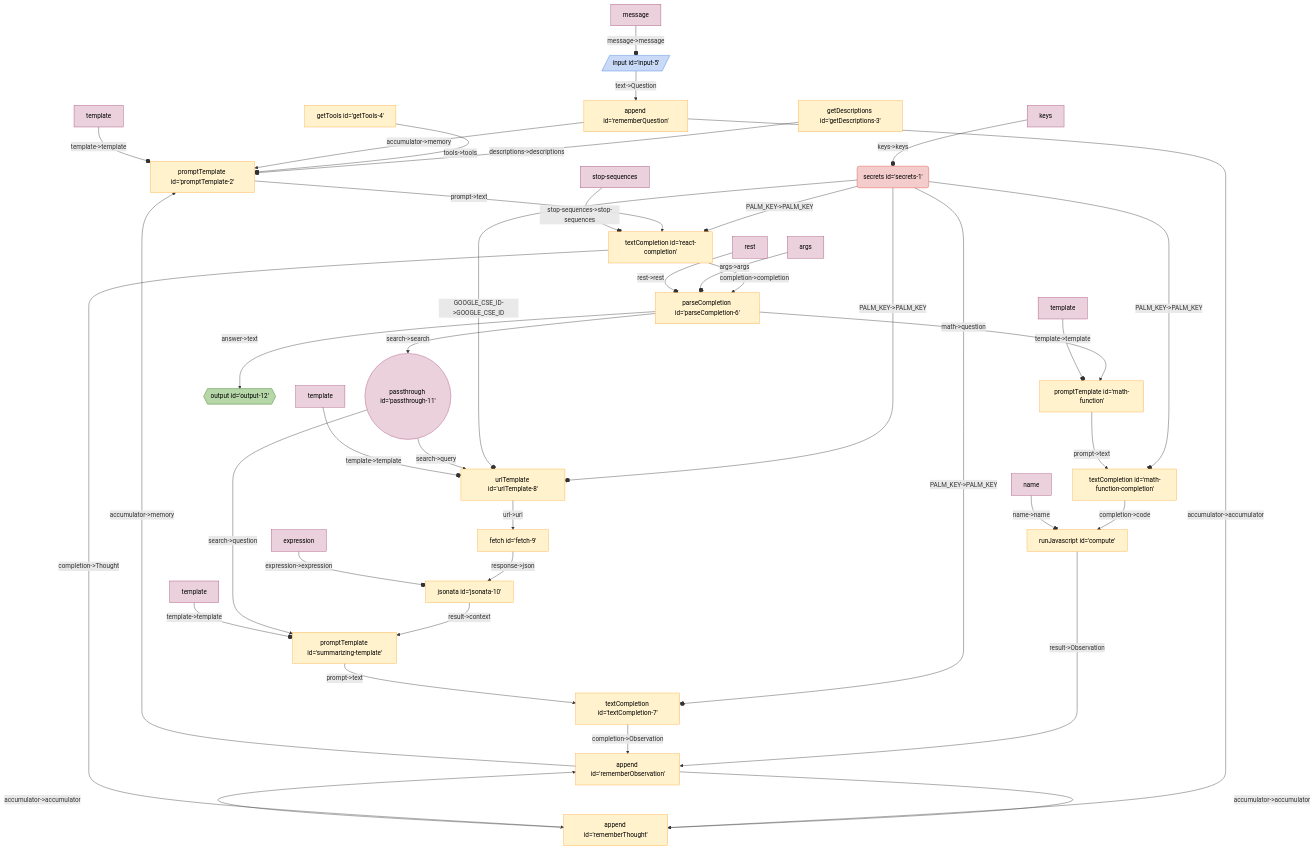
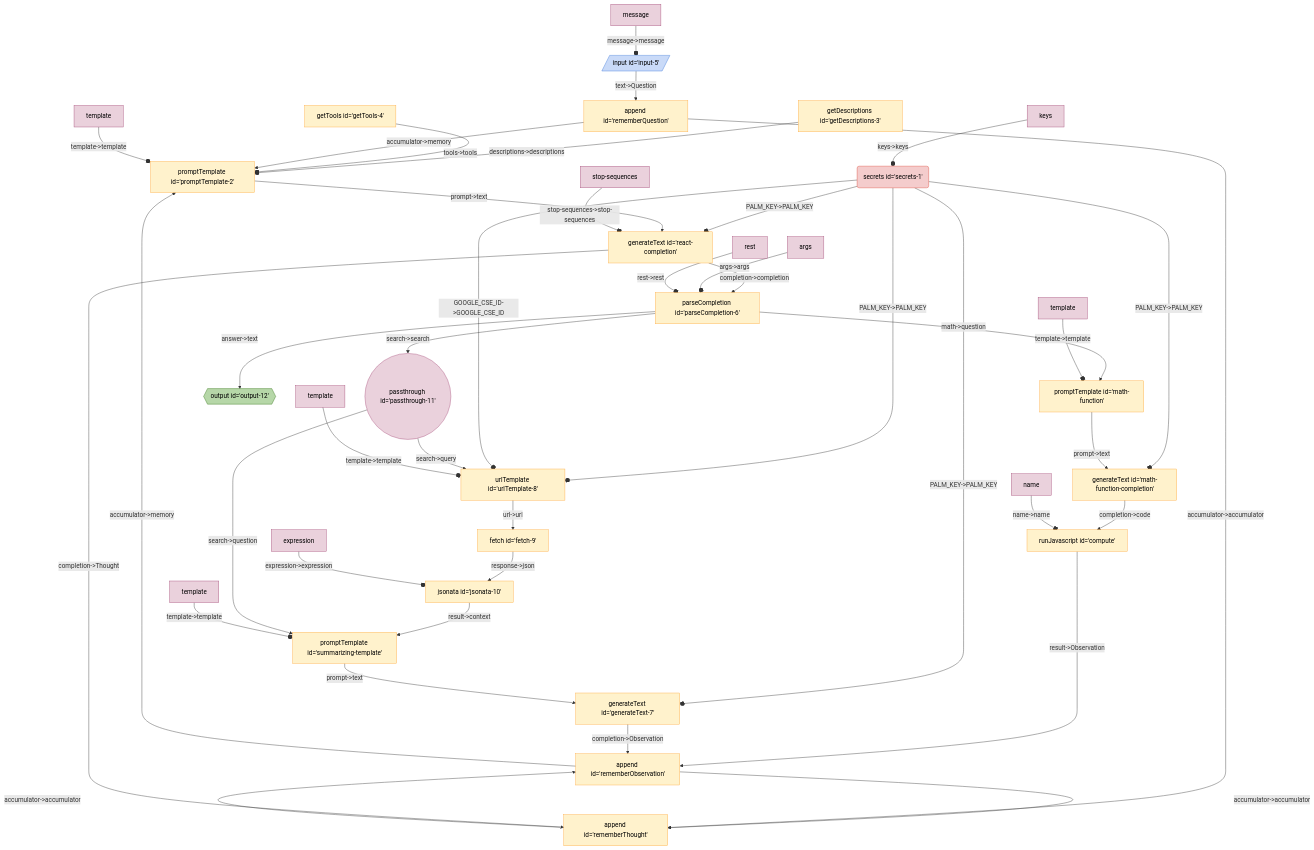
Before and after one commit to breadboard-ai/breadboard: the diagram in seeds/graph-playground/docs/graphs/react.md, drawn with Mermaid. The commit also changed 63 other files, not shown here.

First line of the commit message:
[llm-starter] Rename `textCompletion` to `generateText`.

````diff
--- a/seeds/graph-playground/docs/graphs/react.md
+++ b/seeds/graph-playground/docs/graphs/react.md
@@ -5,52 +5,52 @@
   ```mermaid
   %%{init: 'themeVariables': { 'fontFamily': 'Fira Code, monospace' }}%%
 graph TD;
 getDescriptions3["getDescriptions id='getDescriptions-3'"] -- "descriptions->descriptions" --o promptTemplate2["promptTemplate id='promptTemplate-2'"]
 getTools4["getTools id='getTools-4'"] -- "tools->tools" --o promptTemplate2["promptTemplate id='promptTemplate-2'"]
 rememberObservation["append id='rememberObservation'"] -- "accumulator->memory" --> promptTemplate2["promptTemplate id='promptTemplate-2'"]
 rememberThought["append id='rememberThought'"] -- "accumulator->accumulator" --> rememberObservation["append id='rememberObservation'"]
 rememberObservation["append id='rememberObservation'"] -- "accumulator->accumulator" --> rememberThought["append id='rememberThought'"]
 rememberQuestion["append id='rememberQuestion'"] -- "accumulator->accumulator" --> rememberThought["append id='rememberThought'"]
 rememberQuestion["append id='rememberQuestion'"] -- "accumulator->memory" --> promptTemplate2["promptTemplate id='promptTemplate-2'"]
 input5[/"input id='input-5'"/]:::input -- "text->Question" --> rememberQuestion["append id='rememberQuestion'"]
-secrets1("secrets id='secrets-1'"):::secrets -- "PALM_KEY->PALM_KEY" --o reactcompletion["textCompletion id='react-completion'"]
+secrets1("secrets id='secrets-1'"):::secrets -- "PALM_KEY->PALM_KEY" --o reactcompletion["generateText id='react-completion'"]
 compute["runJavascript id='compute'"] -- "result->Observation" --> rememberObservation["append id='rememberObservation'"]
-mathfunctioncompletion["textCompletion id='math-function-completion'"] -- "completion->code" --> compute["runJavascript id='compute'"]
-secrets1("secrets id='secrets-1'"):::secrets -- "PALM_KEY->PALM_KEY" --o mathfunctioncompletion["textCompletion id='math-function-completion'"]
-mathfunction["promptTemplate id='math-function'"] -- "prompt->text" --> mathfunctioncompletion["textCompletion id='math-function-completion'"]
-textCompletion7["textCompletion id='textCompletion-7'"] -- "completion->Observation" --> rememberObservation["append id='rememberObservation'"]
-secrets1("secrets id='secrets-1'"):::secrets -- "PALM_KEY->PALM_KEY" --o textCompletion7["textCompletion id='textCompletion-7'"]
-summarizingtemplate["promptTemplate id='summarizing-template'"] -- "prompt->text" --> textCompletion7["textCompletion id='textCompletion-7'"]
+mathfunctioncompletion["generateText id='math-function-completion'"] -- "completion->code" --> compute["runJavascript id='compute'"]
+secrets1("secrets id='secrets-1'"):::secrets -- "PALM_KEY->PALM_KEY" --o mathfunctioncompletion["generateText id='math-function-completion'"]
+mathfunction["promptTemplate id='math-function'"] -- "prompt->text" --> mathfunctioncompletion["generateText id='math-function-completion'"]
+generateText7["generateText id='generateText-7'"] -- "completion->Observation" --> rememberObservation["append id='rememberObservation'"]
+secrets1("secrets id='secrets-1'"):::secrets -- "PALM_KEY->PALM_KEY" --o generateText7["generateText id='generateText-7'"]
+summarizingtemplate["promptTemplate id='summarizing-template'"] -- "prompt->text" --> generateText7["generateText id='generateText-7'"]
 secrets1("secrets id='secrets-1'"):::secrets -- "PALM_KEY->PALM_KEY" --o urlTemplate8["urlTemplate id='urlTemplate-8'"]
 secrets1("secrets id='secrets-1'"):::secrets -- "GOOGLE_CSE_ID->GOOGLE_CSE_ID" --o urlTemplate8["urlTemplate id='urlTemplate-8'"]
 jsonata10["jsonata id='jsonata-10'"] -- "result->context" --> summarizingtemplate["promptTemplate id='summarizing-template'"]
 fetch9["fetch id='fetch-9'"] -- "response->json" --> jsonata10["jsonata id='jsonata-10'"]
 urlTemplate8["urlTemplate id='urlTemplate-8'"] -- "url->url" --> fetch9["fetch id='fetch-9'"]
 passthrough11(("passthrough id='passthrough-11'")):::passthrough -- "search->question" --> summarizingtemplate["promptTemplate id='summarizing-template'"]
 passthrough11(("passthrough id='passthrough-11'")):::passthrough -- "search->query" --> urlTemplate8["urlTemplate id='urlTemplate-8'"]
 parseCompletion6["parseCompletion id='parseCompletion-6'"] -- "search->search" --> passthrough11(("passthrough id='passthrough-11'")):::passthrough
 parseCompletion6["parseCompletion id='parseCompletion-6'"] -- "math->question" --> mathfunction["promptTemplate id='math-function'"]
 parseCompletion6["parseCompletion id='parseCompletion-6'"] -- "answer->text" --> output12{{"output id='output-12'"}}:::output
-reactcompletion["textCompletion id='react-completion'"] -- "completion->completion" --> parseCompletion6["parseCompletion id='parseCompletion-6'"]
-reactcompletion["textCompletion id='react-completion'"] -- "completion->Thought" --> rememberThought["append id='rememberThought'"]
-promptTemplate2["promptTemplate id='promptTemplate-2'"] -- "prompt->text" --> reactcompletion["textCompletion id='react-completion'"]
+reactcompletion["generateText id='react-completion'"] -- "completion->completion" --> parseCompletion6["parseCompletion id='parseCompletion-6'"]
+reactcompletion["generateText id='react-completion'"] -- "completion->Thought" --> rememberThought["append id='rememberThought'"]
+promptTemplate2["promptTemplate id='promptTemplate-2'"] -- "prompt->text" --> reactcompletion["generateText id='react-completion'"]
 keyssecrets1[keys]:::config -- "keys->keys" --o secrets1
 templatepromptTemplate2[template]:::config -- "template->template" --o promptTemplate2
 messageinput5[message]:::config -- "message->message" --o input5
 stopsequencesreactcompletion[stop-sequences]:::config -- "stop-sequences->stop-sequences" --o reactcompletion
 templatemathfunction[template]:::config -- "template->template" --o mathfunction
 namecompute[name]:::config -- "name->name" --o compute
 argsparseCompletion6[args]:::config -- "args->args" --o parseCompletion6
 restparseCompletion6[rest]:::config -- "rest->rest" --o parseCompletion6
 templatesummarizingtemplate[template]:::config -- "template->template" --o summarizingtemplate
 templateurlTemplate8[template]:::config -- "template->template" --o urlTemplate8
 expressionjsonata10[expression]:::config -- "expression->expression" --o jsonata10
 classDef default stroke:#ffab40,fill:#fff2ccff,color:#000
 classDef input stroke:#3c78d8,fill:#c9daf8ff,color:#000
 classDef output stroke:#38761d,fill:#b6d7a8ff,color:#000
 classDef passthrough stroke:#a64d79,fill:#ead1dcff,color:#000
 classDef slot stroke:#a64d79,fill:#ead1dcff,color:#000
 classDef config stroke:#a64d79,fill:#ead1dcff,color:#000
 classDef secrets stroke:#db4437,fill:#f4cccc,color:#000
 classDef slotted stroke:#a64d79
   ```
````
